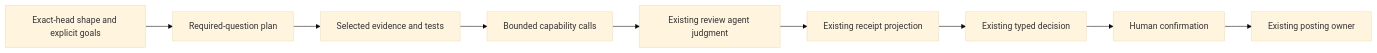
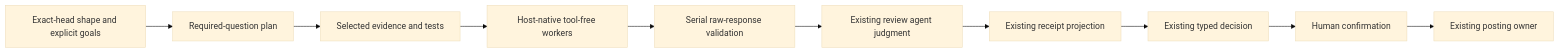
The diagram in kc-pr-flow/docs/review-runtime.md (iamcxa/kc-claude-plugins), drawn with Mermaid (base theme) before and after one commit. The commit also changed other lines of this file and 8 other files, not shown here.

Commit message:
feat(kc-pr-flow): support native-host Lite dispatch

````diff
--- a/kc-pr-flow/docs/review-runtime.md
+++ b/kc-pr-flow/docs/review-runtime.md
@@ -341,8 +341,8 @@
 ```mermaid
 flowchart LR
   intake[Exact-head shape and explicit goals] --> plan[Required-question plan]
-  plan --> evidence[Selected evidence and tests] --> calls[Bounded capability calls]
-  calls --> reviewer[Existing review agent judgment]
+  plan --> evidence[Selected evidence and tests] --> calls[Host-native tool-free workers]
+  calls --> collect[Serial raw-response validation] --> reviewer[Existing review agent judgment]
   reviewer --> receipt[Existing receipt projection] --> decision[Existing typed decision]
   decision --> confirm[Human confirmation] --> posting[Existing posting owner]
 ```
````
